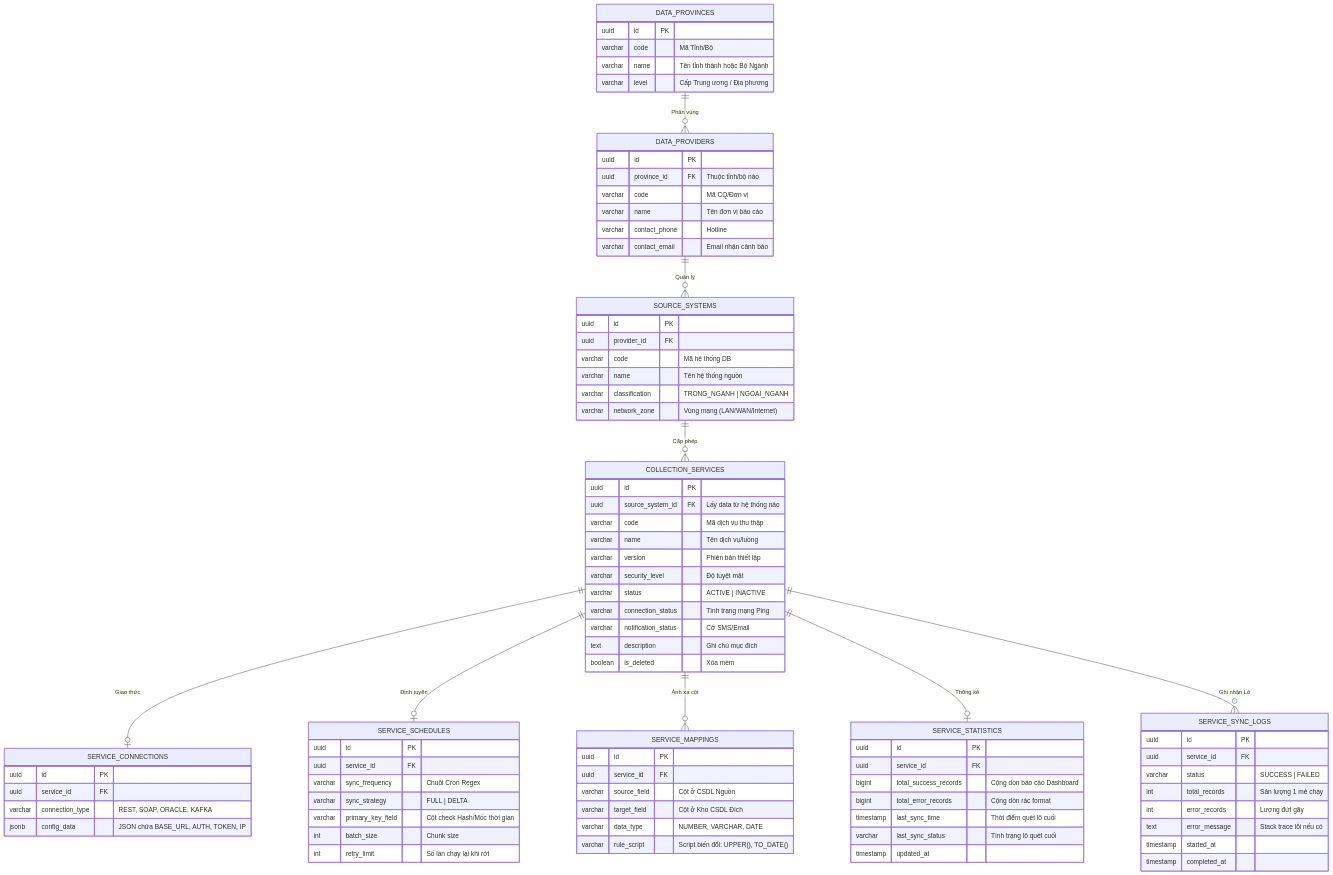
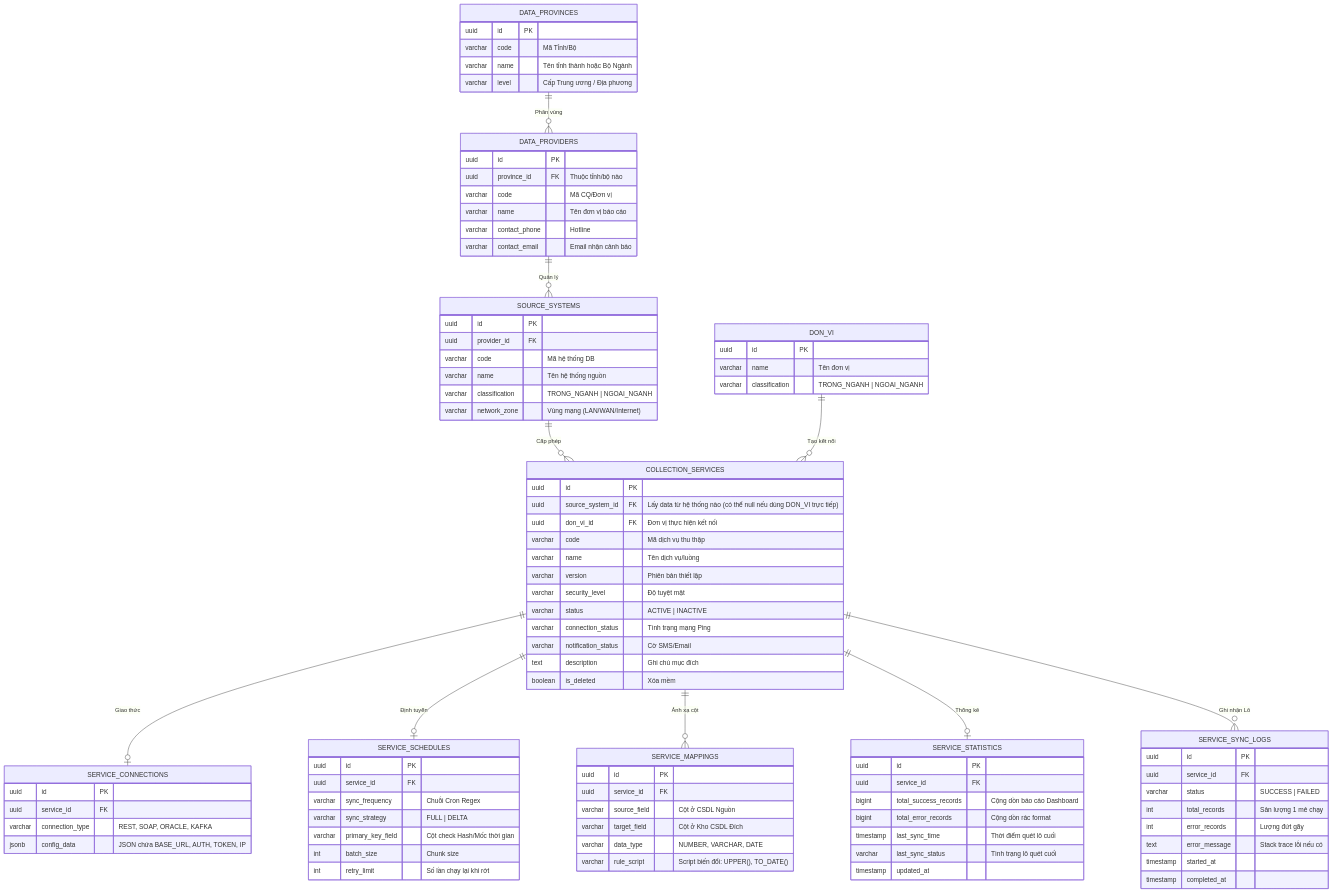
Before and after one commit to phanphuong19799-svg/BTP-DLDC: the diagram in tailieu/tailieutkct/ERD_ThuThap_Master.mmd, drawn with Mermaid. The commit also changed 19 other files, not shown here.

```diff
--- a/tailieu/tailieutkct/ERD_ThuThap_Master.mmd
+++ b/tailieu/tailieutkct/ERD_ThuThap_Master.mmd
@@ -1,97 +1,105 @@
 erDiagram
     DATA_PROVINCES ||--o{ DATA_PROVIDERS : "Phân vùng"
     DATA_PROVIDERS ||--o{ SOURCE_SYSTEMS : "Quản lý"
     SOURCE_SYSTEMS ||--o{ COLLECTION_SERVICES : "Cấp phép"
     
     COLLECTION_SERVICES ||--o| SERVICE_CONNECTIONS : "Giao thức"
+    DON_VI ||--o{ COLLECTION_SERVICES : "Tạo kết nối"
     COLLECTION_SERVICES ||--o| SERVICE_SCHEDULES : "Định tuyến"
     COLLECTION_SERVICES ||--o{ SERVICE_MAPPINGS : "Ánh xạ cột"
     
     COLLECTION_SERVICES ||--o| SERVICE_STATISTICS : "Thống kê"
     COLLECTION_SERVICES ||--o{ SERVICE_SYNC_LOGS : "Ghi nhận Lô"
 
     DATA_PROVINCES {
         uuid id PK
         varchar code "Mã Tỉnh/Bộ"
         varchar name "Tên tỉnh thành hoặc Bộ Ngành"
         varchar level "Cấp Trung ương / Địa phương"
     }
 
     DATA_PROVIDERS {
         uuid id PK
         uuid province_id FK "Thuộc tỉnh/bộ nào"
         varchar code "Mã CQ/Đơn vị"
         varchar name "Tên đơn vị báo cáo"
         varchar contact_phone "Hotline"
         varchar contact_email "Email nhận cảnh báo"
     }
 
+    DON_VI {
+        uuid id PK
+        varchar name "Tên đơn vị"
+        varchar classification "TRONG_NGANH | NGOAI_NGANH"
+    }
+
     SOURCE_SYSTEMS {
         uuid id PK
         uuid provider_id FK
         varchar code "Mã hệ thống DB"
         varchar name "Tên hệ thống nguồn"
         varchar classification "TRONG_NGANH | NGOAI_NGANH"
         varchar network_zone "Vùng mạng (LAN/WAN/Internet)"
     }
 
     COLLECTION_SERVICES {
         uuid id PK
-        uuid source_system_id FK "Lấy data từ hệ thống nào"
+        uuid source_system_id FK "Lấy data từ hệ thống nào (có thể null nếu dùng DON_VI trực tiếp)"
+        uuid don_vi_id FK "Đơn vị thực hiện kết nối"
         varchar code "Mã dịch vụ thu thập"
         varchar name "Tên dịch vụ/luồng"
         varchar version "Phiên bản thiết lập"
         varchar security_level "Độ tuyệt mật"
         varchar status "ACTIVE | INACTIVE"
         varchar connection_status "Tình trạng mạng Ping"
         varchar notification_status "Cờ SMS/Email"
         text description "Ghi chú mục đích"
         boolean is_deleted "Xóa mềm"
     }
 
     SERVICE_CONNECTIONS {
         uuid id PK
         uuid service_id FK
         varchar connection_type "REST, SOAP, ORACLE, KAFKA"
         jsonb config_data "JSON chứa BASE_URL, AUTH, TOKEN, IP"
     }
 
     SERVICE_SCHEDULES {
         uuid id PK
         uuid service_id FK
         varchar sync_frequency "Chuỗi Cron Regex"
         varchar sync_strategy "FULL | DELTA"
         varchar primary_key_field "Cột check Hash/Mốc thời gian"
         int batch_size "Chunk size"
         int retry_limit "Số lần chạy lại khi rớt"
     }
 
     SERVICE_MAPPINGS {
         uuid id PK
         uuid service_id FK
         varchar source_field "Cột ở CSDL Nguồn"
         varchar target_field "Cột ở Kho CSDL Đích"
         varchar data_type "NUMBER, VARCHAR, DATE"
         varchar rule_script "Script biến đổi: UPPER(), TO_DATE()"
     }
 
     SERVICE_STATISTICS {
         uuid id PK
         uuid service_id FK
         bigint total_success_records "Cộng dồn báo cáo Dashboard"
         bigint total_error_records "Cộng dồn rác format"
         timestamp last_sync_time "Thời điểm quét lô cuối"
         varchar last_sync_status "Tình trạng lô quét cuối"
         timestamp updated_at
     }
 
     SERVICE_SYNC_LOGS {
         uuid id PK
         uuid service_id FK
         varchar status "SUCCESS | FAILED"
         int total_records "Sản lượng 1 mẻ chạy"
         int error_records "Lượng đứt gãy"
         text error_message "Stack trace lỗi nếu có"
         timestamp started_at
         timestamp completed_at
     }
```
